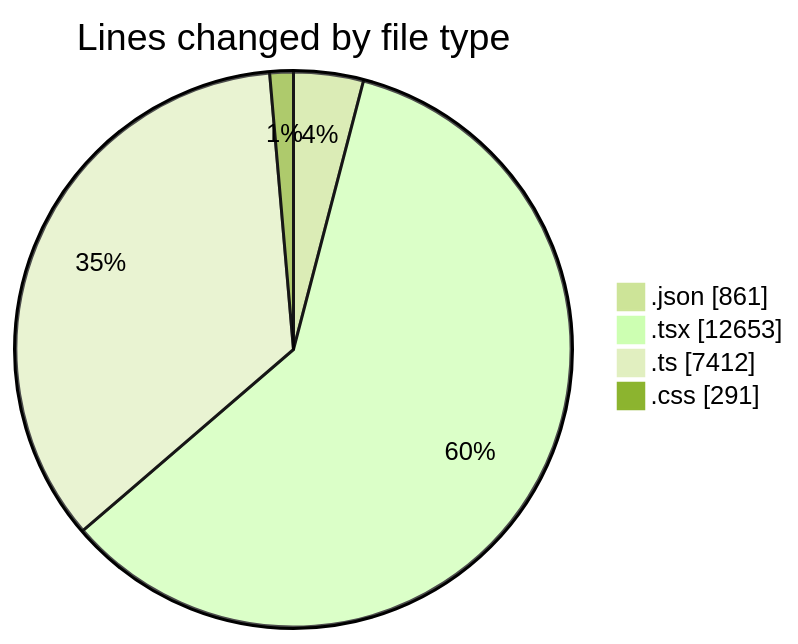
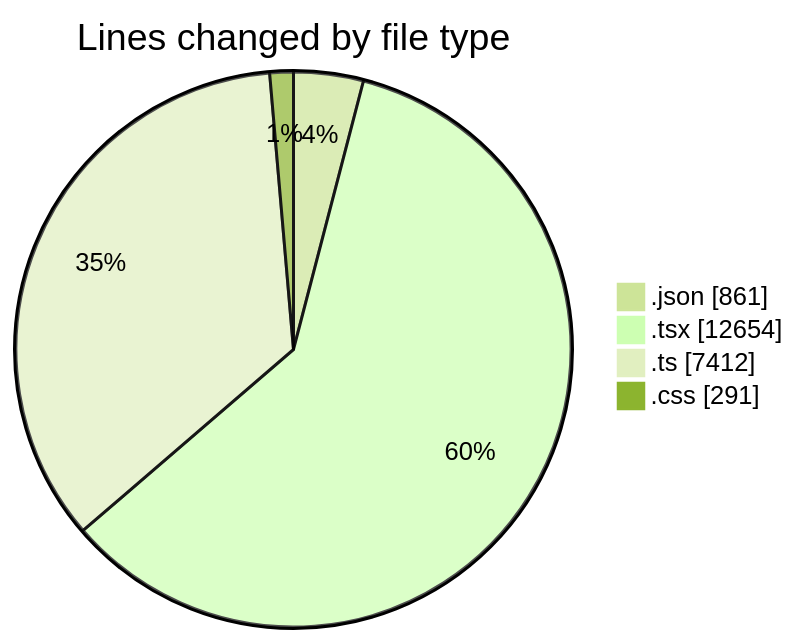
Before and after one commit to julien-gomy/code-tracking: the first of 2 diagrams in 2025-10-07/eventscop-frontend-guide__workspace_/README.md, drawn with Mermaid (forest theme). The commit also changed other lines of this file and 1 other file, not shown here.

````diff
--- a/2025-10-07/eventscop-frontend-guide__workspace_/README.md
+++ b/2025-10-07/eventscop-frontend-guide__workspace_/README.md
@@ -103,8 +104,8 @@
 ```mermaid
 pie showData
 title Lines changed by file type
 ".json" : 861
-".tsx" : 12653
+".tsx" : 12654
 ".ts" : 7412
 ".css" : 291
 ```
````
